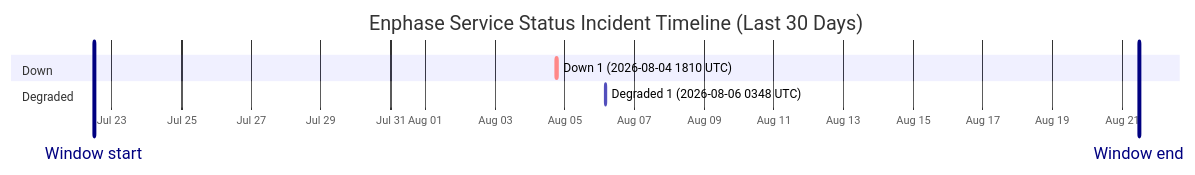
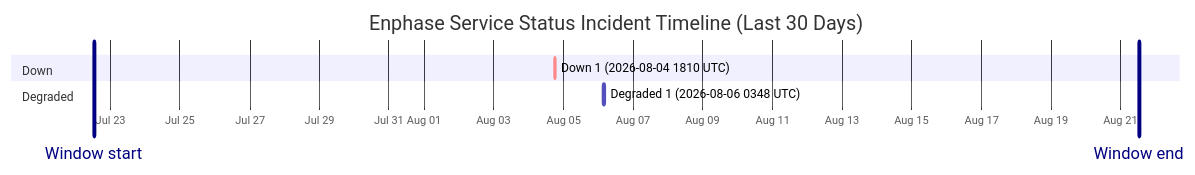
Before and after one commit to barneyonline/ha-enphase-energy: the diagram in wiki/Service-Status-History.md, drawn with Mermaid. The commit also changed other lines of this file and 3 other files, not shown here.

````diff
--- a/wiki/Service-Status-History.md
+++ b/wiki/Service-Status-History.md
@@ -14,12 +14,12 @@
 ```mermaid
 gantt
     title Enphase Service Status Incident Timeline (Last 30 Days)
     dateFormat  YYYY-MM-DDTHH:mm:ss
     axisFormat  %b %d
-    Window start :vert, window-start, 2026-07-22T11:32:28, 0ms
-    Window end :vert, window-end, 2026-08-21T11:32:28, 0ms
+    Window start :vert, window-start, 2026-07-22T12:42:17, 0ms
+    Window end :vert, window-end, 2026-08-21T12:42:17, 0ms
     section Down
     Down 1 (2026-08-04 1810 UTC) :crit, down-1, 2026-08-04T18:10:46, 60m
     section Degraded
     Degraded 1 (2026-08-06 0348 UTC) :active, degraded-1, 2026-08-06T03:48:14, 60m
 ```
````
